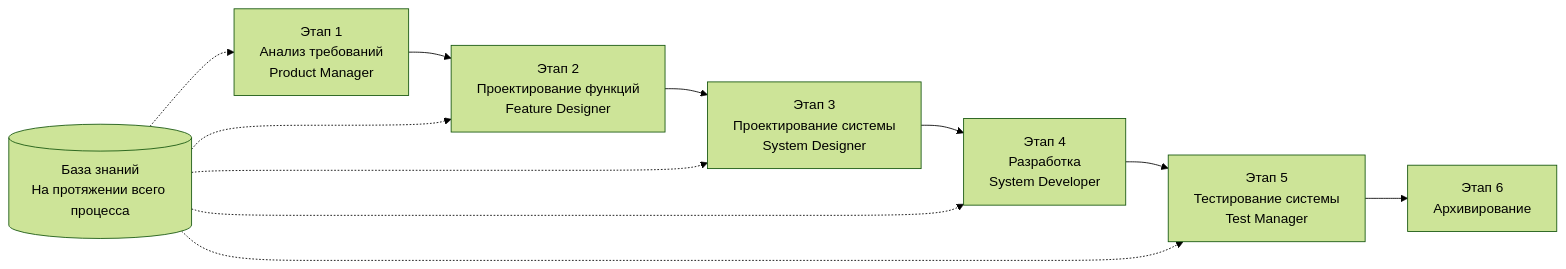
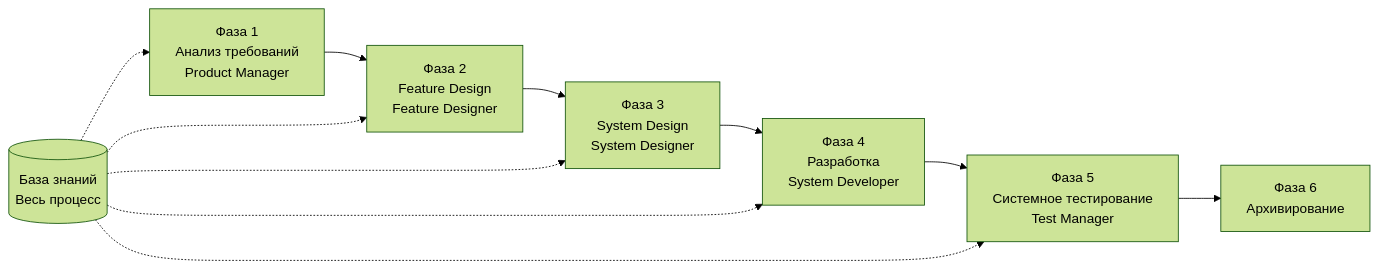
One commit to charlesmu99/speccrew changed the diagram in docs/GETTING-STARTED.ru.md. Above: the diagram before and after it, drawn with Mermaid (forest theme). The commit also changed other lines of this file and 32 other files, not shown here.

Commit message:
feat(system-developer): optimize Agent definition and split desktop/review Skills

````diff
--- a/docs/GETTING-STARTED.ru.md
+++ b/docs/GETTING-STARTED.ru.md
@@ -70,14 +144,14 @@
 ```mermaid
 flowchart LR
-    PRD[Этап 1<br/>Анализ требований<br/>Product Manager] --> FD[Этап 2<br/>Проектирование функций<br/>Feature Designer]
-    FD --> SD[Этап 3<br/>Проектирование системы<br/>System Designer]
-    SD --> DEV[Этап 4<br/>Разработка<br/>System Developer]
-    DEV --> TEST[Этап 5<br/>Тестирование системы<br/>Test Manager]
-    TEST --> ARCHIVE[Этап 6<br/>Архивирование]
+    PRD[Фаза 1<br/>Анализ требований<br/>Product Manager] --> FD[Фаза 2<br/>Feature Design<br/>Feature Designer]
+    FD --> SD[Фаза 3<br/>System Design<br/>System Designer]
+    SD --> DEV[Фаза 4<br/>Разработка<br/>System Developer]
+    DEV --> TEST[Фаза 5<br/>Системное тестирование<br/>Test Manager]
+    TEST --> ARCHIVE[Фаза 6<br/>Архивирование]
     
-    KB[(База знаний<br/>На протяжении всего процесса)] -.-> PRD
+    KB[(База знаний<br/>Весь процесс)] -.-> PRD
     KB -.-> FD
     KB -.-> SD
     KB -.-> DEV
     KB -.-> TEST
 ```
````
